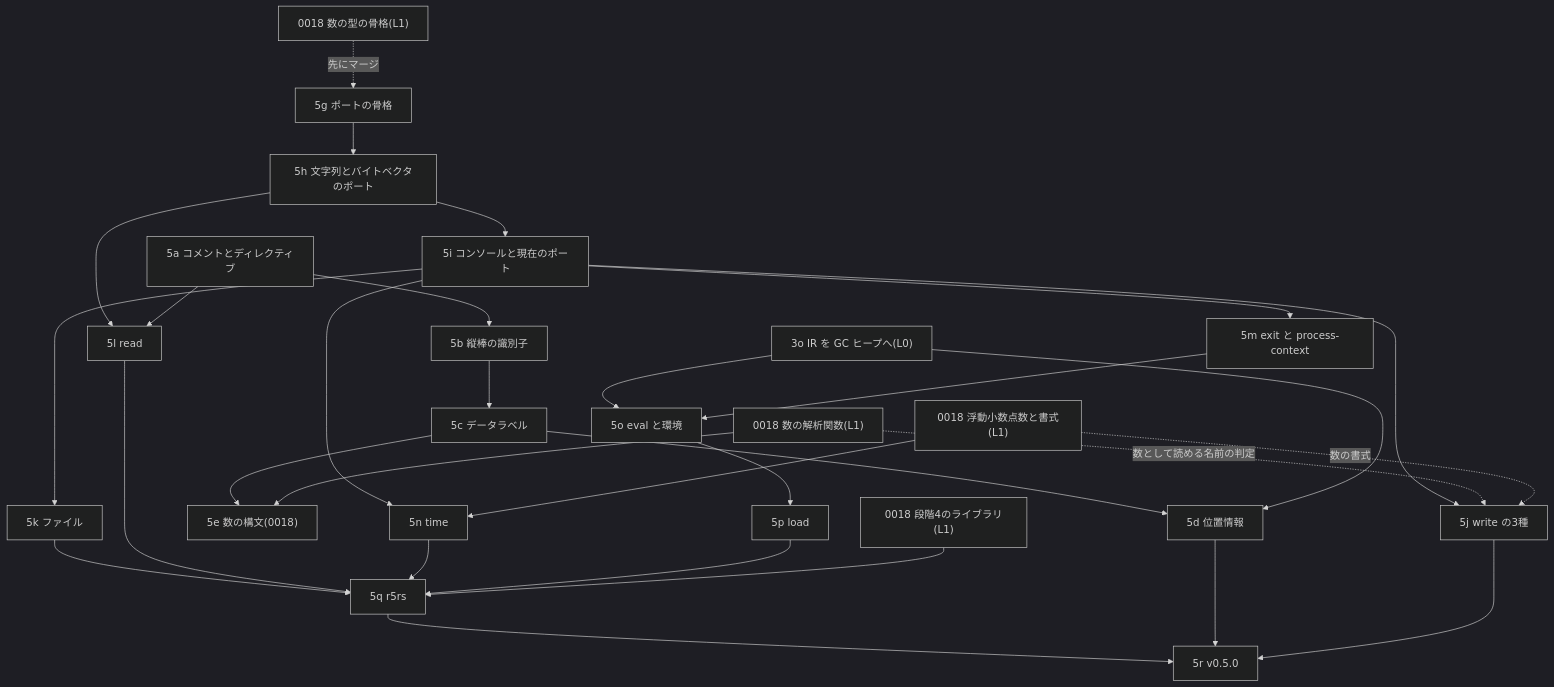
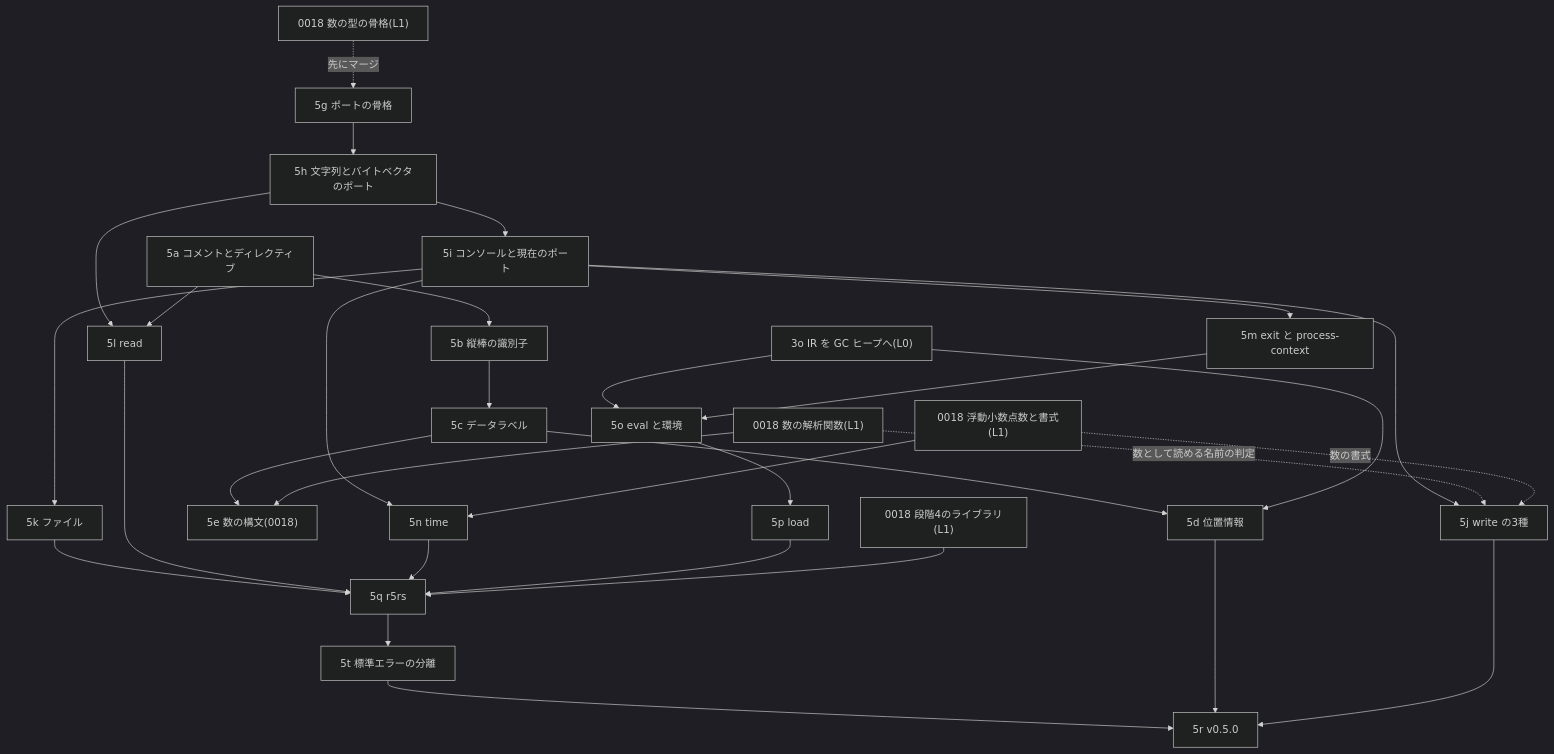
The diagram in docs/plans/0019-phase5-ports-and-io.md (suchi/sucheme-zig), drawn with Mermaid (dark theme) before and after one commit. The commit also changed other lines of this file and 3 other files, not shown here.

````diff
--- a/docs/plans/0019-phase5-ports-and-io.md
+++ b/docs/plans/0019-phase5-ports-and-io.md
@@ -126,51 +126,52 @@
 ```mermaid
 flowchart TD
     o3["3o IR を GC ヒープへ(L0)"]
     n0["0018 数の型の骨格(L1)"]
     nf["0018 浮動小数点数と書式(L1)"]
     np["0018 数の解析関数(L1)"]
     nl["0018 段階4のライブラリ(L1)"]
     s5a["5a コメントとディレクティブ"]
     s5b["5b 縦棒の識別子"]
     s5c["5c データラベル"]
     s5d["5d 位置情報"]
     s5e["5e 数の構文(0018)"]
     s5g["5g ポートの骨格"]
     s5h["5h 文字列とバイトベクタのポート"]
     s5i["5i コンソールと現在のポート"]
     s5j["5j write の3種"]
     s5k["5k ファイル"]
     s5l["5l read"]
     s5m["5m exit と process-context"]
     s5n["5n time"]
     s5o["5o eval と環境"]
     s5p["5p load"]
     s5q["5q r5rs"]
     s5r["5r v0.5.0"]
+    s5t["5t 標準エラーの分離"]
     s5a --> s5b --> s5c --> s5d
     o3 --> s5d
     s5c --> s5e
     np --> s5e
     n0 -.->|"先にマージ"| s5g
     s5g --> s5h --> s5i
     s5i --> s5j
     s5i --> s5k
     s5h --> s5l
     s5a --> s5l
     s5i --> s5m
     s5i --> s5n
     nf --> s5n
     np -.->|"数として読める名前の判定"| s5j
     nf -.->|"数の書式"| s5j
     o3 --> s5o
     s5m --> s5o
     s5o --> s5p
     s5k --> s5q
     s5l --> s5q
     s5n --> s5q
     s5p --> s5q
     nl --> s5q
-    s5q --> s5r
+    s5q --> s5t --> s5r
     s5d --> s5r
     s5j --> s5r
 ```
````
